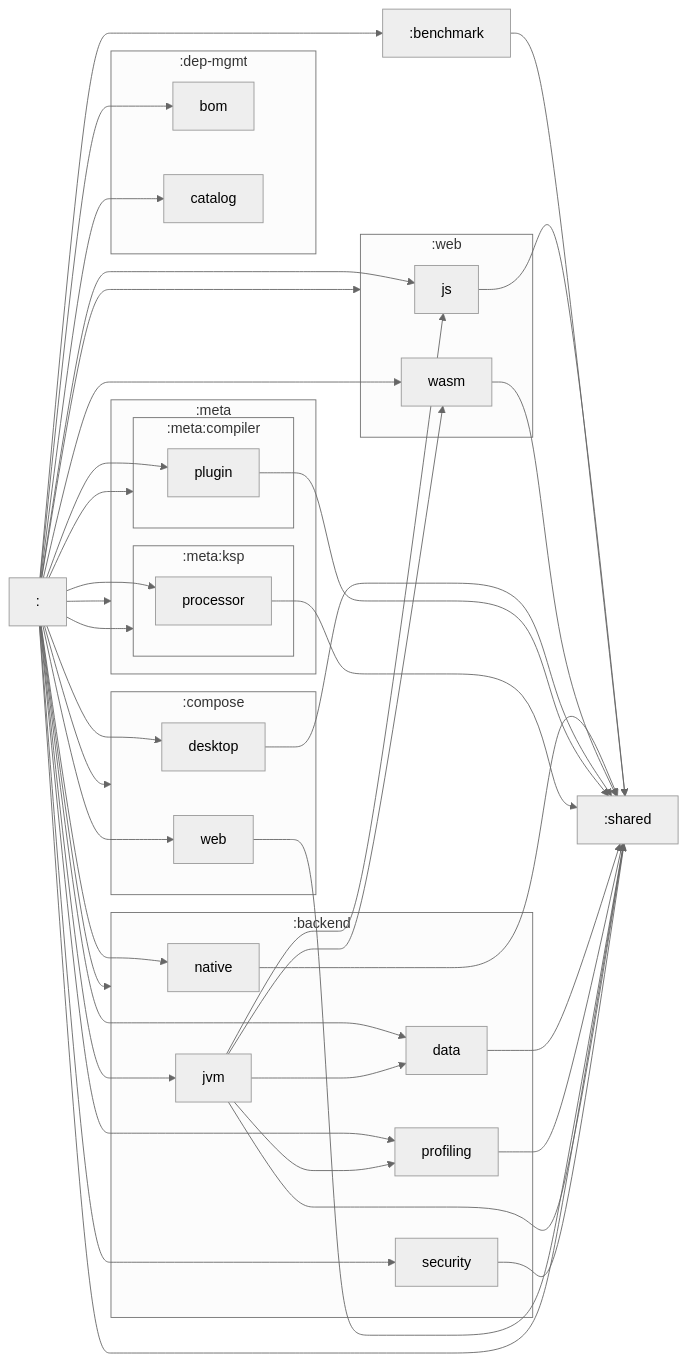
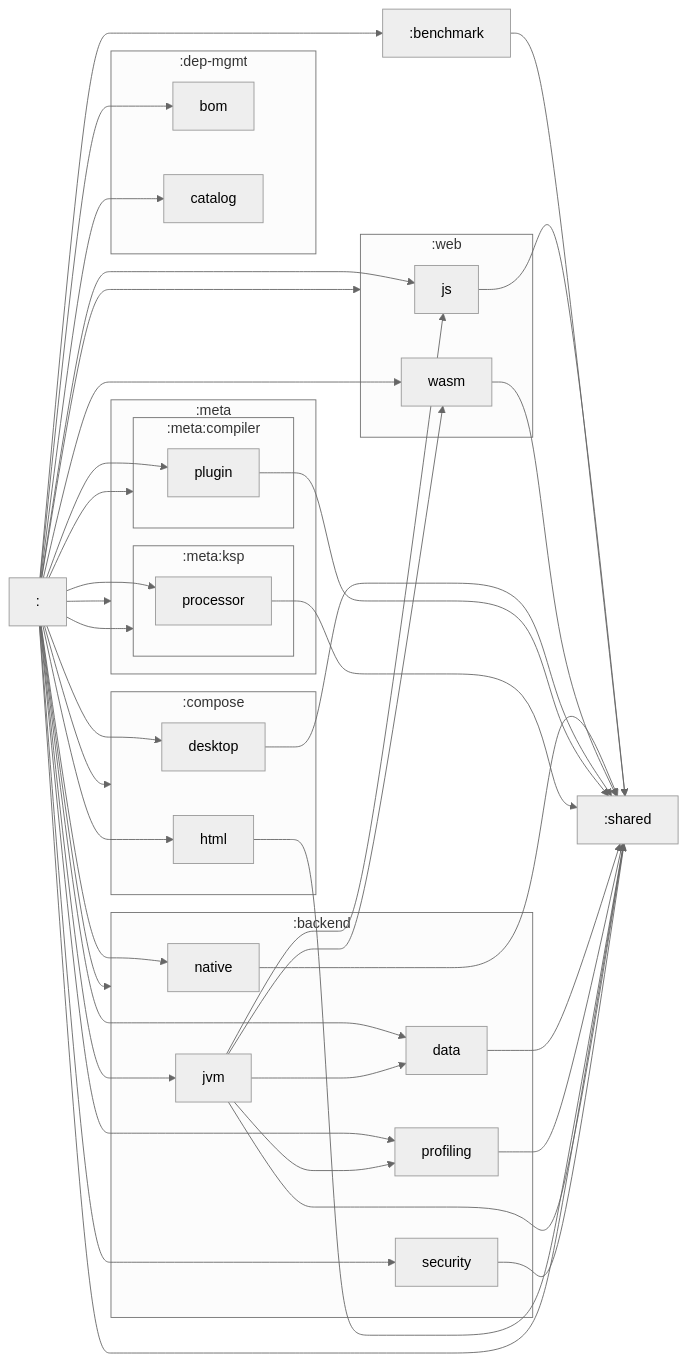
One commit to sureshg/kotlin-mpp-playground changed the diagram in README.md. Above: the diagram before and after it, drawn with Mermaid. The commit also changed other lines of this file and 14 other files, not shown here.

Commit message:
chore: compose html changes

````diff
--- a/README.md
+++ b/README.md
@@ -228,74 +228,74 @@
 ```mermaid
 %%{
   init: {
     'theme': 'neutral'
   }
 }%%
 graph LR
     subgraph :backend
         :backend:native["native"]
         :backend:data["data"]
         :backend:profiling["profiling"]
         :backend:jvm["jvm"]
         :backend:security["security"]
     end
     subgraph :compose
         :compose:desktop["desktop"]
-        :compose:web["web"]
+        :compose:html["html"]
     end
     subgraph :dep-mgmt
         :dep-mgmt:bom["bom"]
         :dep-mgmt:catalog["catalog"]
     end
     subgraph :meta
         :meta:compiler["compiler"]
         :meta:ksp["ksp"]
     end
     subgraph :meta:compiler
         :meta:compiler:plugin["plugin"]
     end
     subgraph :meta:ksp
         :meta:ksp:processor["processor"]
     end
     subgraph :web
         :web:js["js"]
         :web:wasm["wasm"]
     end
     :web:js --> :shared
     :benchmark --> :shared
     :backend:native --> :shared
     :web:wasm --> :shared
     :compose:desktop --> :shared
     :meta:compiler:plugin --> :shared
     :meta:ksp:processor --> :shared
     :backend:data --> :shared
     :backend:profiling --> :shared
-    :compose:web --> :shared
+    :compose:html --> :shared
     : --> :backend
     : --> :benchmark
     : --> :compose
     : --> :meta
     : --> :shared
     : --> :web
     : --> :backend:data
     : --> :backend:jvm
     : --> :backend:native
     : --> :backend:profiling
     : --> :backend:security
     : --> :compose:desktop
-    : --> :compose:web
+    : --> :compose:html
     : --> :meta:compiler
     : --> :meta:ksp
     : --> :web:js
     : --> :web:wasm
     : --> :meta:compiler:plugin
     : --> :meta:ksp:processor
     : --> :dep-mgmt:bom
     : --> :dep-mgmt:catalog
     :backend:jvm --> :shared
     :backend:jvm --> :backend:data
     :backend:jvm --> :backend:profiling
     :backend:jvm --> :web:js
     :backend:jvm --> :web:wasm
     :backend:security --> :shared
 ```
````
